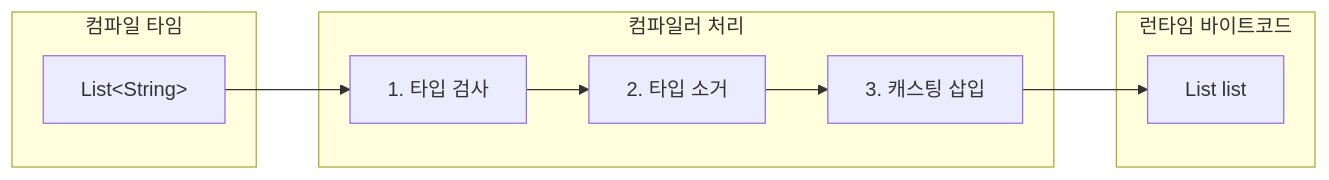
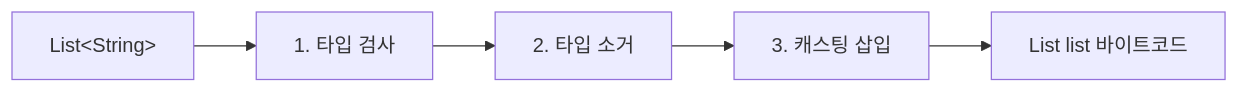
One commit to yjkim2015/yjkim2015.github.io changed the diagram in _posts/java/2026-05-01-java-generics.md. Above: the diagram before and after it, drawn with Mermaid. The commit also changed 155 other files, not shown here.

First line of the commit message:
Mermaid 전면 수정: subgraph 제거, participant/노드/줄수 축소 (342블록)

````diff
--- a/_posts/java/2026-05-01-java-generics.md
+++ b/_posts/java/2026-05-01-java-generics.md
@@ -639,15 +639,7 @@
 ```mermaid
 graph LR
-  subgraph "컴파일 타임"
-    SRC["List&lt;String&gt;"]
-  end
-  subgraph "컴파일러 처리"
-    CHECK["1. 타입 검사"]
-    ERASE["2. 타입 소거"]
-    CAST["3. 캐스팅 삽입"]
-  end
-  subgraph "런타임 바이트코드"
-    BC["List list"]
-  end
-  SRC --> CHECK --> ERASE --> CAST --> BC
+    SRC["List&lt;String&gt;"] --> CHECK["1. 타입 검사"]
+    CHECK --> ERASE["2. 타입 소거"]
+    ERASE --> CAST["3. 캐스팅 삽입"]
+    CAST --> BC["List list 바이트코드"]
 ```
````
